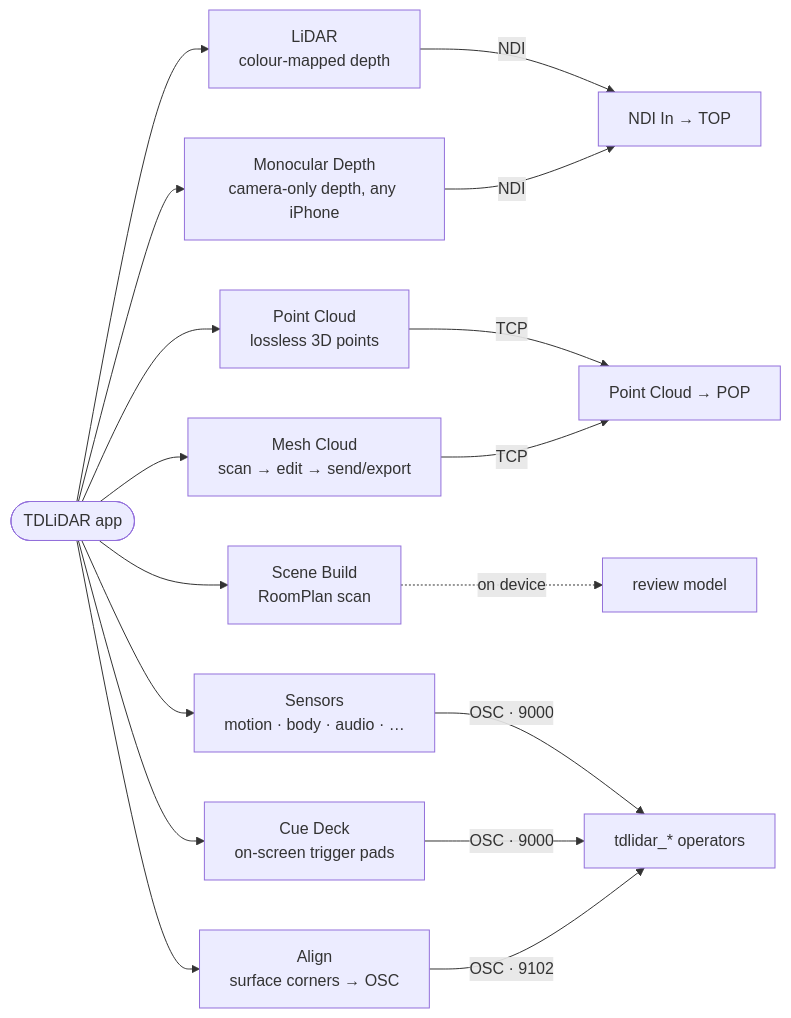
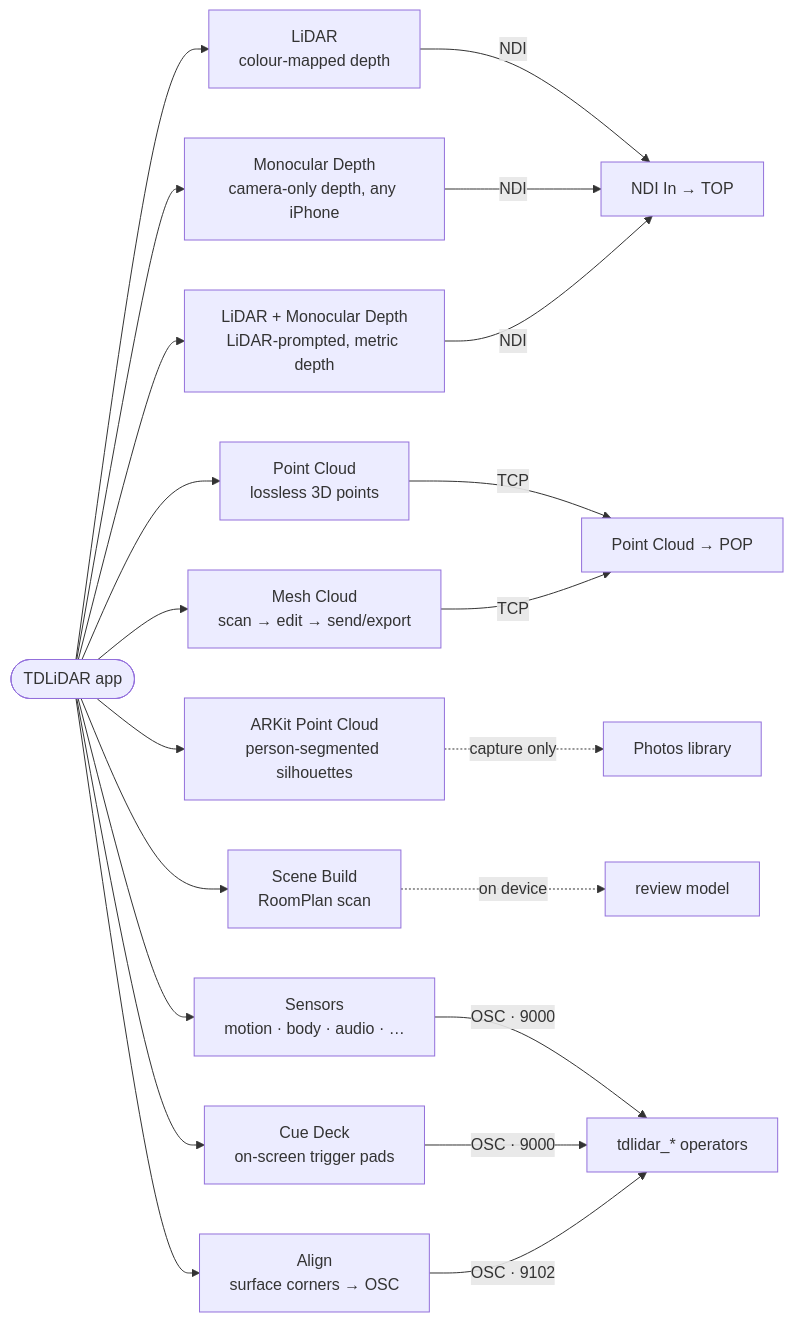
One commit to TDLiDAR/DOC changed the diagram in app-guide.md. Above: the diagram before and after it, drawn with Mermaid. The commit also changed other lines of this file and 13 other files, not shown here.

First line of the commit message:
Add LiDAR + Monocular Depth mode page; wire it into App Guide and NDI docs

````diff
--- a/app-guide.md
+++ b/app-guide.md
@@ -18,20 +18,24 @@
 ```mermaid
 flowchart LR
   APP(["TDLiDAR app"])
   APP --> L["LiDAR<br/>colour-mapped depth"]
   APP --> MD["Monocular Depth<br/>camera-only depth, any iPhone"]
+  APP --> LM["LiDAR + Monocular Depth<br/>LiDAR-prompted, metric depth"]
   APP --> PC["Point Cloud<br/>lossless 3D points"]
+  APP --> APC["ARKit Point Cloud<br/>person-segmented silhouettes"]
   APP --> MC["Mesh Cloud<br/>scan → edit → send/export"]
   APP --> SB["Scene Build<br/>RoomPlan scan"]
   APP --> SN["Sensors<br/>motion · body · audio · …"]
   APP --> CD["Cue Deck<br/>on-screen trigger pads"]
   APP --> AL["Align<br/>surface corners → OSC"]
   L -- "NDI" --> TOP["NDI In → TOP"]
   MD -- "NDI" --> TOP
+  LM -- "NDI" --> TOP
   PC -- "TCP" --> POP["Point Cloud → POP"]
   MC -- "TCP" --> POP
+  APC -. "capture only" .-> LIB["Photos library"]
   SB -. "on device" .-> REV["review model"]
   SN -- "OSC · 9000" --> OPS["tdlidar_* operators"]
   CD -- "OSC · 9000" --> OPS
   AL -- "OSC · 9102" --> OPS
 ```
````
